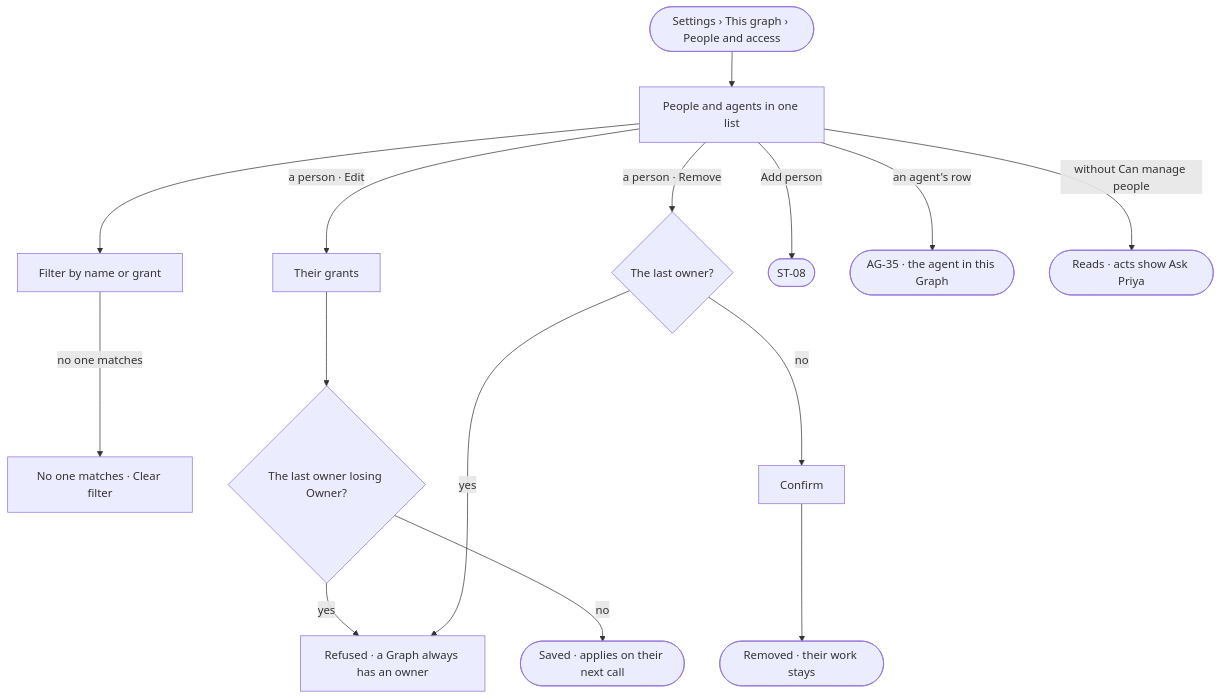
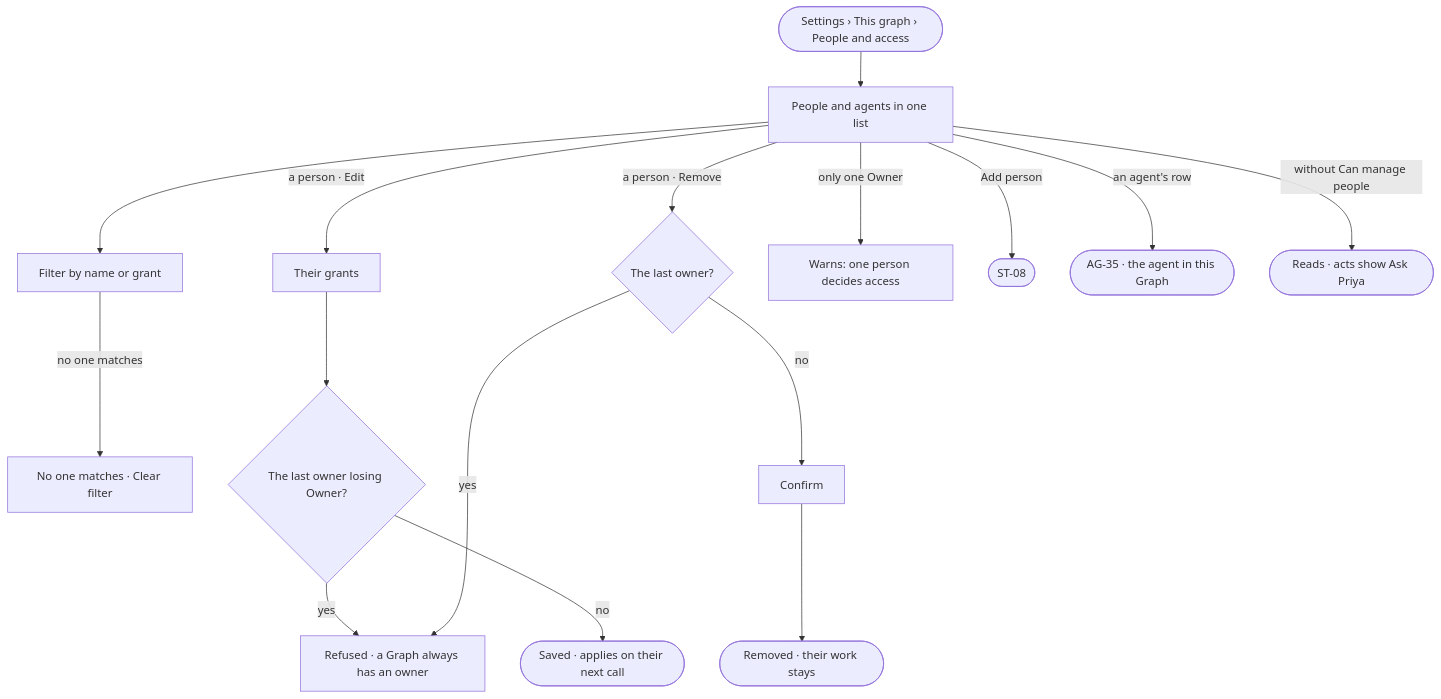
Before and after one commit to invana/invana: the diagram in specs/products/settings/features/ST-F01-this-graph/stories/ST-12-see-and-change-who-is-on-this-graph/story.md, drawn with Mermaid. The commit also changed other lines of this file and 24 other files, not shown here.

````diff
--- a/specs/products/settings/features/ST-F01-this-graph/stories/ST-12-see-and-change-who-is-on-this-graph/story.md
+++ b/specs/products/settings/features/ST-F01-this-graph/stories/ST-12-see-and-change-who-is-on-this-graph/story.md
@@ -26,16 +26,17 @@
 ```mermaid
 flowchart TD
   s([Settings › This graph › People and access]) --> l["People and agents in one list"]
   l --> f["Filter by name or grant"]
   f -->|no one matches| fe["No one matches · Clear filter"]
   l -->|a person · Edit| e["Their grants"]
   e --> lo{"The last owner losing Owner?"}
   lo -->|yes| r["Refused · a Graph always has an owner"]
   lo -->|no| ok(["Saved · applies on their next call"])
   l -->|a person · Remove| rm{"The last owner?"}
   rm -->|yes| r
   rm -->|no| cf["Confirm"] --> gone(["Removed · their work stays"])
+  l -->|only one Owner| one["Warns: one person decides access"]
   l -->|Add person| p8(["ST-08"])
   l -->|an agent's row| a35(["AG-35 · the agent in this Graph"])
   l -->|without Can manage people| ask(["Reads · acts show Ask Priya"])
 ```
````
